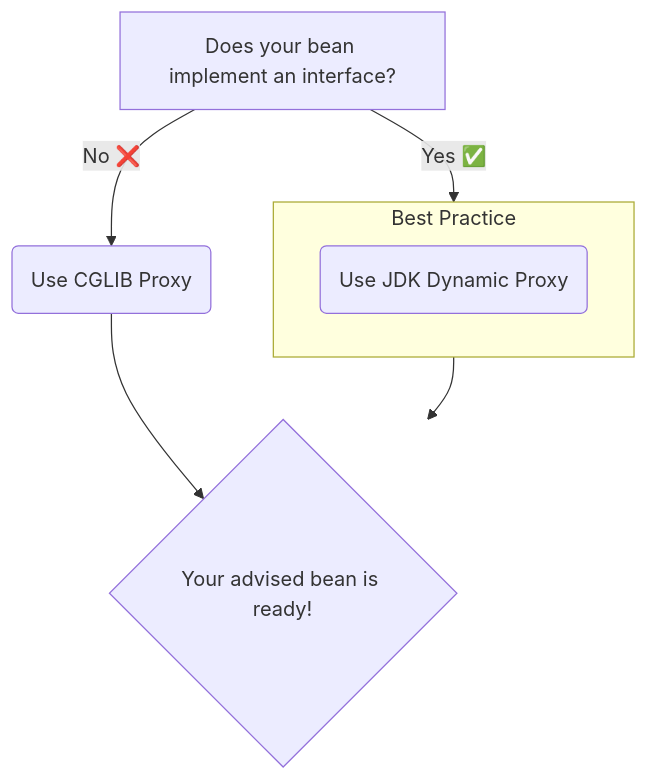
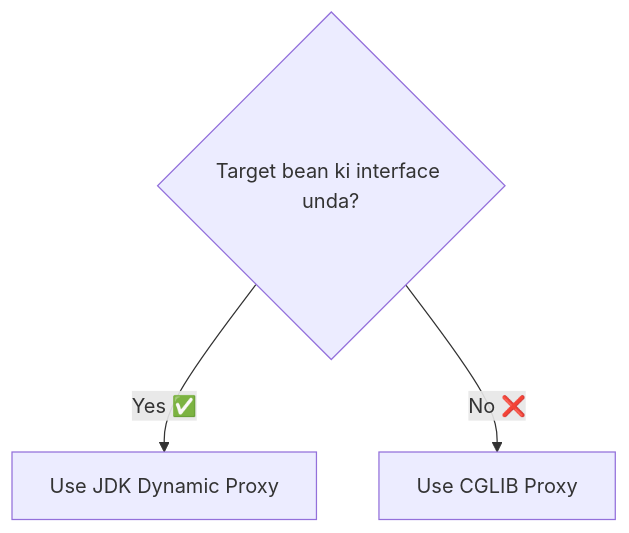
One commit to pdheeraj99/Spring-Guide changed the second of 2 diagrams in Spring-Concepts/02-Core-Technologies/05-Aspect-Oriented-Programming/04-AOP-Proxies.md. Above: the diagram before and after it, drawn with Mermaid. The commit also changed other lines of this file and 7 other files, not shown here.

````diff
--- a/Spring-Concepts/02-Core-Technologies/05-Aspect-Oriented-Programming/04-AOP-Proxies.md
+++ b/Spring-Concepts/02-Core-Technologies/05-Aspect-Oriented-Programming/04-AOP-Proxies.md
@@ -50,13 +44,5 @@
 ```mermaid
 graph TD
-    A[Does your bean implement an interface?] -->|Yes ✅| B(Use JDK Dynamic Proxy);
-    A -->|No ❌| C(Use CGLIB Proxy);
-
-    B --> D{Your advised bean is ready!};
-    C --> D;
-
-    subgraph "Best Practice"
-        direction LR
-        B
-    end
+    A{Target bean ki interface unda?} -->|Yes ✅| B[Use JDK Dynamic Proxy];
+    A -->|No ❌| C[Use CGLIB Proxy];
 ```
````
